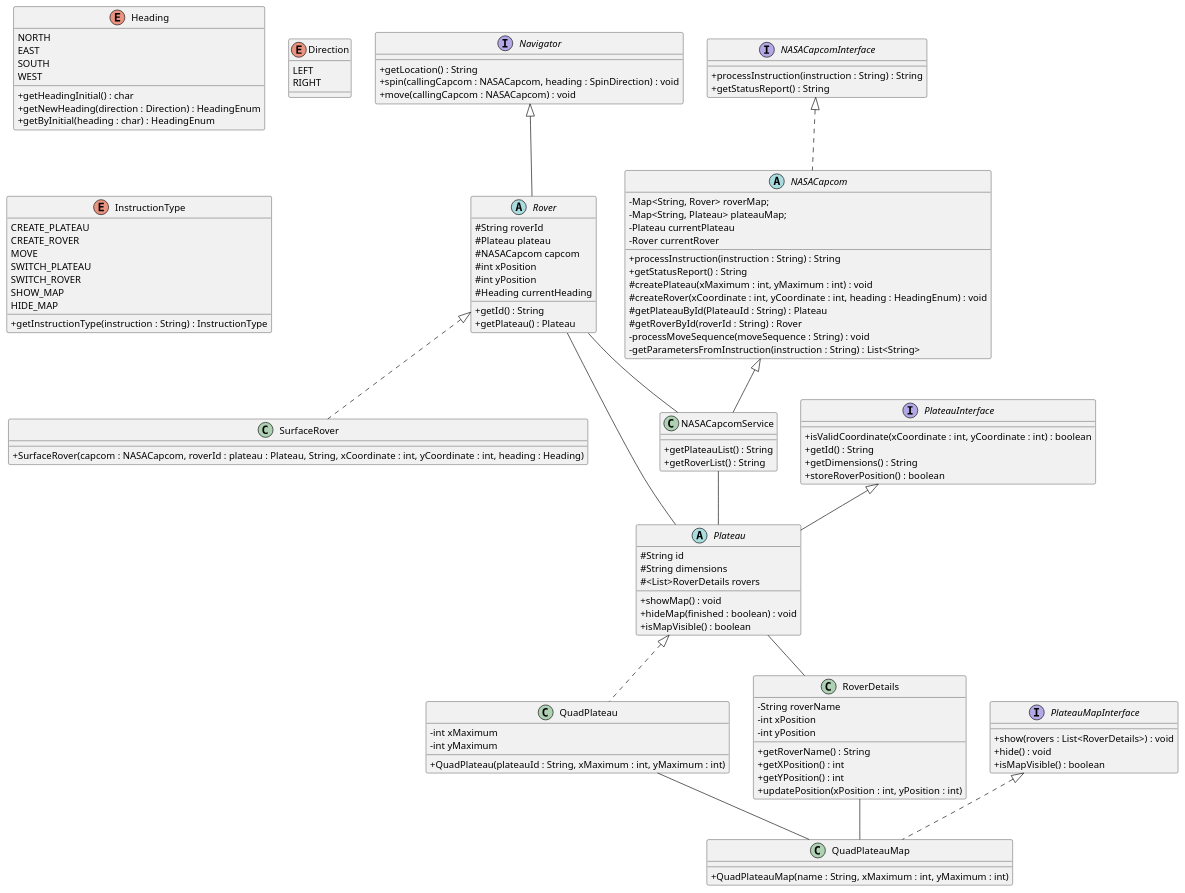
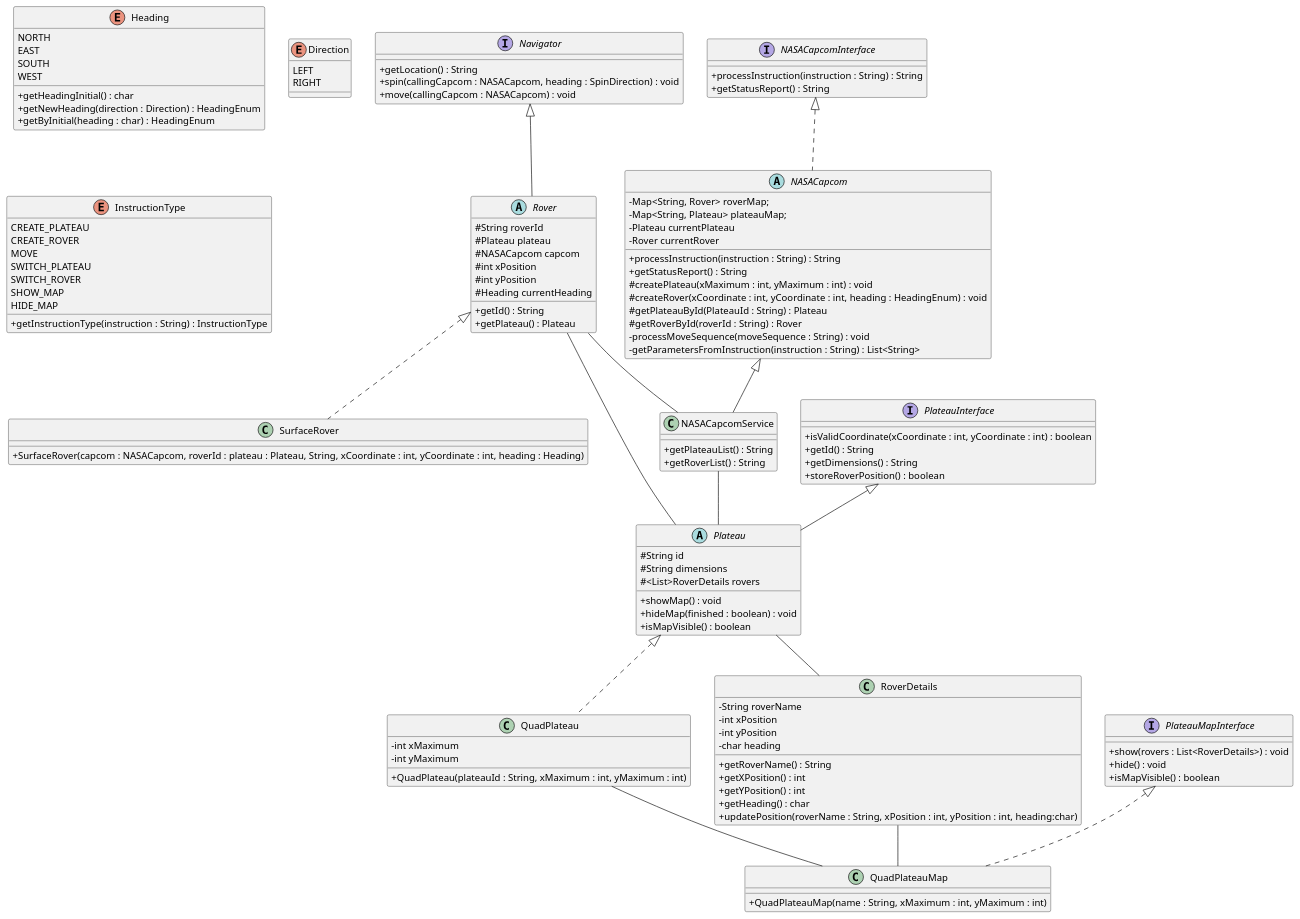
Before and after one commit to probert999/mars-rover: the diagram in uml/MarsRoverClassDiagram.puml, drawn with PlantUML. The commit also changed 4 other files, not shown here.

```diff
--- a/uml/MarsRoverClassDiagram.puml
+++ b/uml/MarsRoverClassDiagram.puml
@@ -1,139 +1,141 @@
 @startuml
 skinparam classAttributeIconSize 0
 
 interface Navigator {
     + getLocation() : String
     + spin(callingCapcom : NASACapcom, heading : SpinDirection) : void
     + move(callingCapcom : NASACapcom) : void
 }
 
 abstract class Rover extends Navigator  {
   # String roverId
   # Plateau plateau
   # NASACapcom capcom
   # int xPosition
   # int yPosition
   # Heading currentHeading
 
   + getId() : String
   + getPlateau() : Plateau
 }
 
 class SurfaceRover implements Rover  {
     + SurfaceRover(capcom : NASACapcom, roverId : plateau : Plateau, String, xCoordinate : int, yCoordinate : int, heading : Heading)
 }
 
 interface PlateauInterface  {
    + isValidCoordinate(xCoordinate : int, yCoordinate : int) : boolean
    + getId() : String
    + getDimensions() : String
    + storeRoverPosition() : boolean
 }
 
 abstract class Plateau extends PlateauInterface {
   # String id
   # String dimensions
   # <List>RoverDetails rovers
 
   + showMap() : void
   + hideMap(finished : boolean) : void
   + isMapVisible() : boolean
 }
 
 class QuadPlateau implements Plateau {
   - int xMaximum
   - int yMaximum
 
    + QuadPlateau(plateauId : String, xMaximum : int, yMaximum : int)
 }
 
 
 enum Heading
 {
 NORTH
 EAST
 SOUTH
 WEST
 + getHeadingInitial() : char
 + getNewHeading(direction : Direction) : HeadingEnum
 + getByInitial(heading : char) : HeadingEnum
 }
 
 enum Direction
 {
 LEFT
 RIGHT
 }
 
 enum InstructionType
 {
 CREATE_PLATEAU
 CREATE_ROVER
 MOVE
 SWITCH_PLATEAU
 SWITCH_ROVER
 SHOW_MAP
 HIDE_MAP
 + getInstructionType(instruction : String) : InstructionType
 }
 
 interface NASACapcomInterface {
   + processInstruction(instruction : String) : String
   + getStatusReport() : String
 }
 
 abstract class NASACapcom implements NASACapcomInterface {
   - Map<String, Rover> roverMap;
   - Map<String, Plateau> plateauMap;
   - Plateau currentPlateau
   - Rover currentRover
 
   + processInstruction(instruction : String) : String
   + getStatusReport() : String
   # createPlateau(xMaximum : int, yMaximum : int) : void
   # createRover(xCoordinate : int, yCoordinate : int, heading : HeadingEnum) : void
   # getPlateauById(PlateauId : String) : Plateau
   # getRoverById(roverId : String) : Rover
   - processMoveSequence(moveSequence : String) : void
   - getParametersFromInstruction(instruction : String) : List<String>
 }
 
 class NASACapcomService extends NASACapcom
 {
   + getPlateauList() : String
   + getRoverList() : String
 }
 
 interface PlateauMapInterface {
   + show(rovers : List<RoverDetails>) : void
   + hide() : void
   + isMapVisible() : boolean
 }
 
 class QuadPlateauMap implements PlateauMapInterface {
   + QuadPlateauMap(name : String, xMaximum : int, yMaximum : int)
 }
 
 class RoverDetails {
   - String roverName
   - int xPosition
   - int yPosition
+  - char heading
 
   + getRoverName() : String
   + getXPosition() : int
   + getYPosition() : int
-  + updatePosition(xPosition : int, yPosition : int)
+  + getHeading() : char
+  + updatePosition(roverName : String, xPosition : int, yPosition : int, heading:char)
 }
 
 NASACapcomService -- Plateau
 Rover -- NASACapcomService
 Rover -- Plateau
 Plateau -- RoverDetails
 RoverDetails -- QuadPlateauMap
 QuadPlateau -- QuadPlateauMap
 
 Heading -[Hidden] Navigator
 Heading -[hidden] Direction
 Heading -[hidden]d-> InstructionType
 
 @enduml
```
